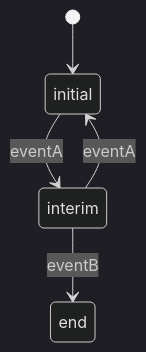
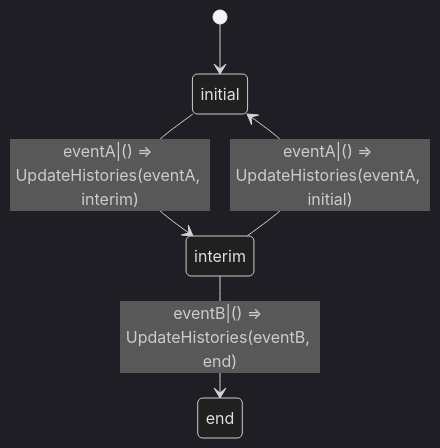
One commit to niceholgate/CSharpUseful changed the diagram in NicUtilsTest/Resources/RegressionTestStateDiagram.mmd. Above: the diagram before and after it, drawn with Mermaid (dark theme). The commit also changed 9 other files, not shown here.

```diff
--- a/NicUtilsTest/Resources/RegressionTestStateDiagram.mmd
+++ b/NicUtilsTest/Resources/RegressionTestStateDiagram.mmd
@@ -1,5 +1,5 @@
 stateDiagram-v2
     [*] --> initial
-    initial --> interim: eventA
-    interim --> initial: eventA
-    interim --> end: eventB
+    initial --> interim: eventA|() => UpdateHistories(eventA, interim)
+    interim --> initial: eventA|() => UpdateHistories(eventA, initial)
+    interim --> end: eventB|() => UpdateHistories(eventB, end)
```
